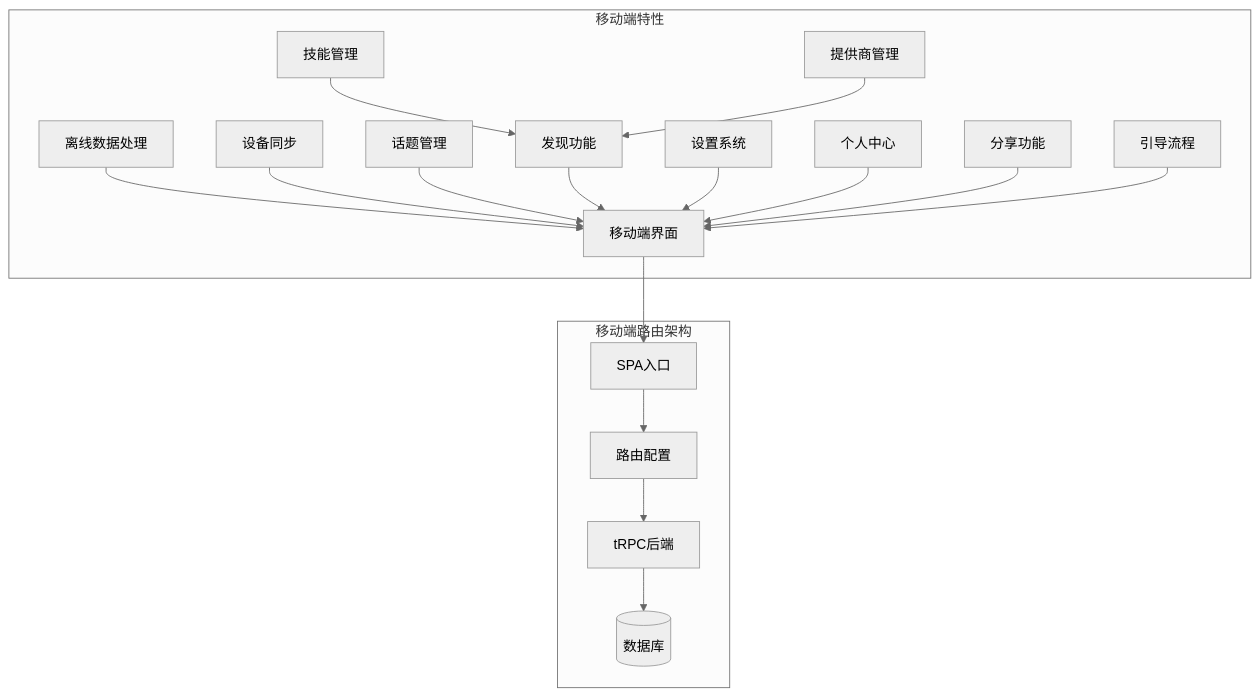
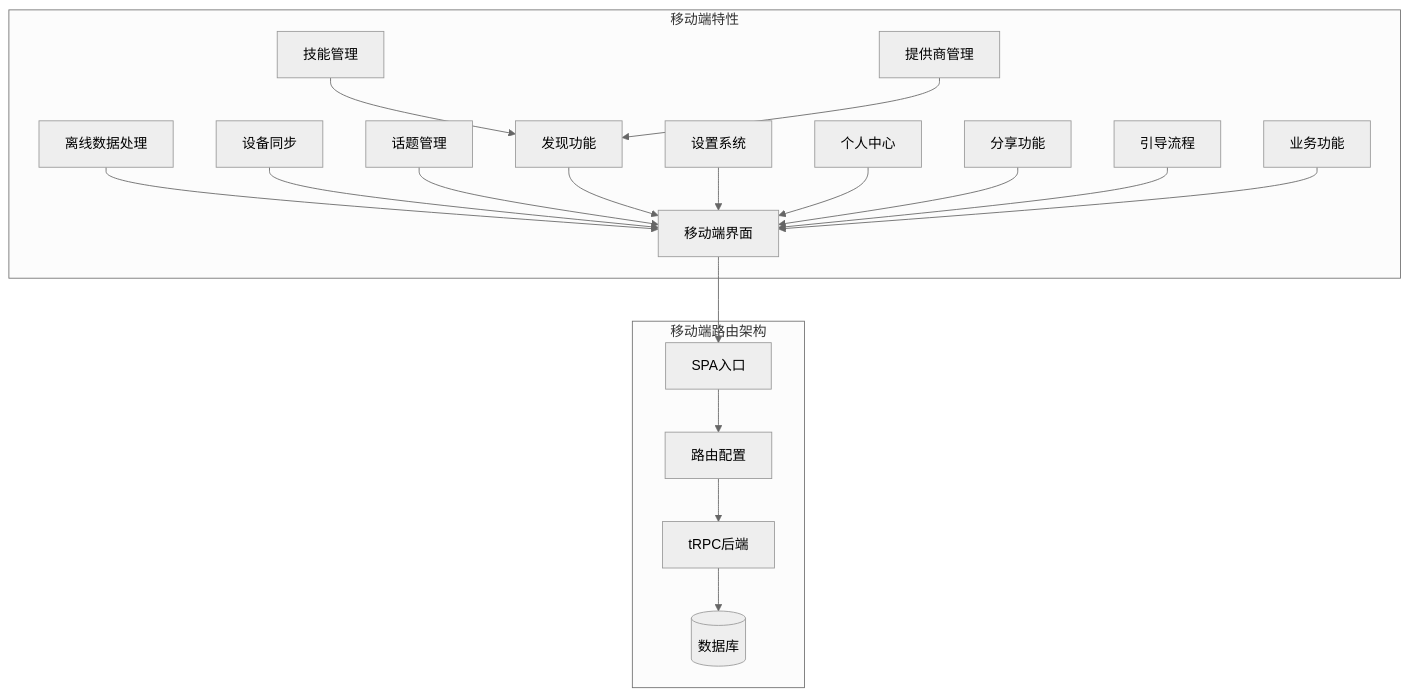
Before and after one commit to AvatoLabs/avato: the first of 12 diagrams in .qoder/repowiki/zh/content/API 接口文档/tRPC 接口规范/移动端路由模块.md, drawn with Mermaid (neutral theme). The commit also changed other lines of this file and 26 other files, not shown here.

````diff
--- a/.qoder/repowiki/zh/content/API 接口文档/tRPC 接口规范/移动端路由模块.md
+++ b/.qoder/repowiki/zh/content/API 接口文档/tRPC 接口规范/移动端路由模块.md
@@ -47,36 +49,38 @@
 ```mermaid
 graph TB
 subgraph "移动端路由架构"
 SPA[SPA入口]
 Router[路由配置]
 TRPC[tRPC后端]
 DB[(数据库)]
 end
 subgraph "移动端特性"
 MobileUI[移动端界面]
 Offline[离线数据处理]
 Sync[设备同步]
 Topics[话题管理]
 Skills[技能管理]
 Providers[提供商管理]
 Discover[发现功能]
 Settings[设置系统]
 Me[个人中心]
 Share[分享功能]
 Onboarding[引导流程]
+Business[业务功能]
 end
 SPA --> Router
 Router --> TRPC
 TRPC --> DB
 MobileUI --> SPA
 Offline --> MobileUI
 Sync --> MobileUI
 Topics --> MobileUI
 Skills --> Discover
 Providers --> Discover
 Discover --> MobileUI
 Settings --> MobileUI
 Me --> MobileUI
 Share --> MobileUI
 Onboarding --> MobileUI
+Business --> MobileUI
 ```
````
